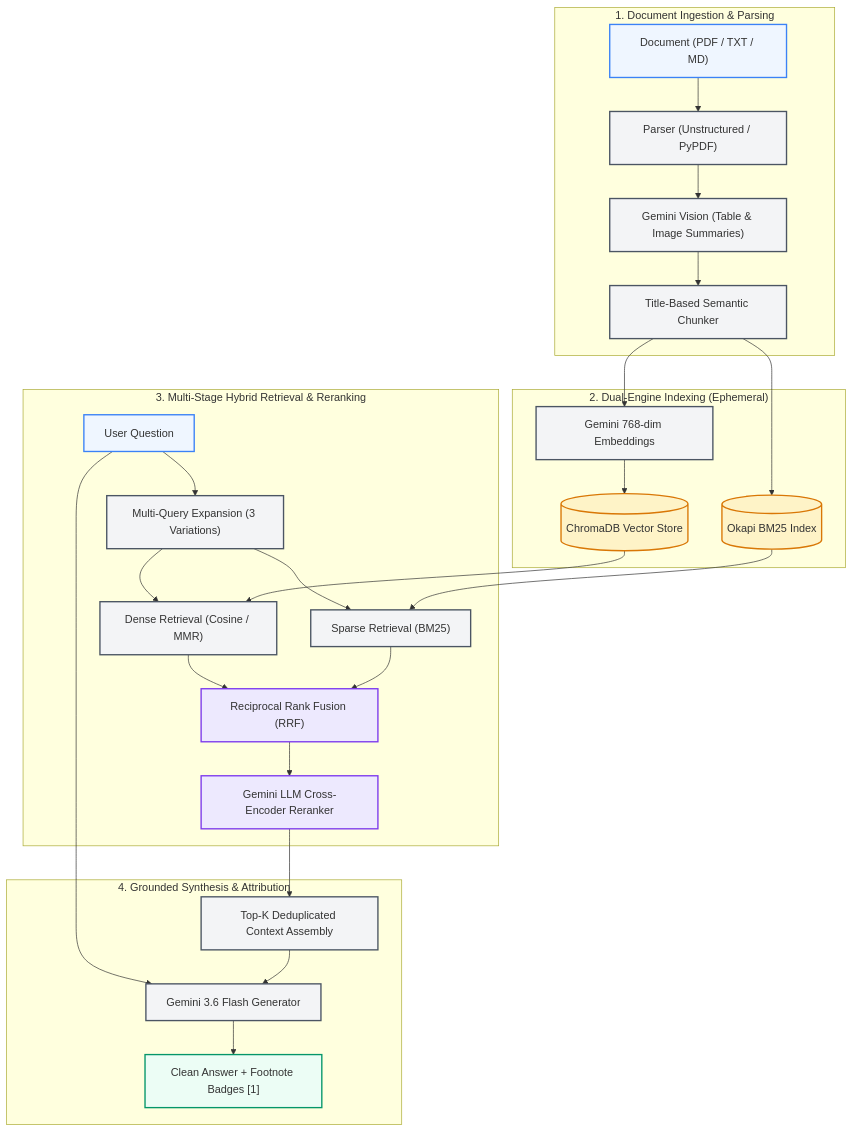
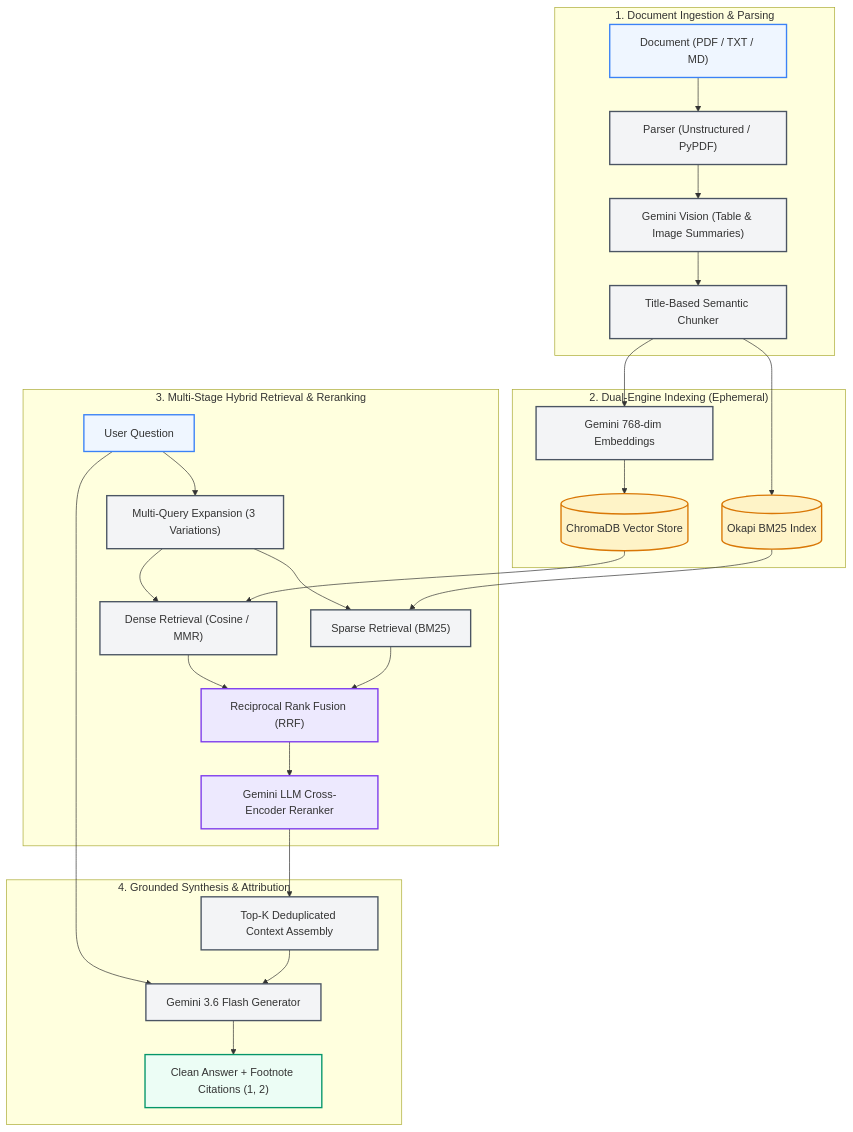
The diagram in README.md (Pratyush11711/NeoRAG), drawn with Mermaid before and after one commit.

Commit message:
fix(docs): ensure Mermaid syntax avoids square brackets and use standard node links

````diff
--- a/README.md
+++ b/README.md
@@ -28,37 +28,38 @@
 ```mermaid
 flowchart TD
     classDef input fill:#EFF6FF,stroke:#3B82F6,stroke-width:2px;
     classDef process fill:#F3F4F6,stroke:#4B5563,stroke-width:2px;
     classDef storage fill:#FEF3C7,stroke:#D97706,stroke-width:2px;
     classDef rerank fill:#EDE9FE,stroke:#7C3AED,stroke-width:2px;
     classDef output fill:#ECFDF5,stroke:#059669,stroke-width:2px;
 
     subgraph Ingestion ["1. Document Ingestion & Parsing"]
         Doc["Document (PDF / TXT / MD)"]:::input --> Parser["Parser (Unstructured / PyPDF)"]:::process
         Parser --> Vision["Gemini Vision (Table & Image Summaries)"]:::process
         Vision --> Chunker["Title-Based Semantic Chunker"]:::process
     end
 
     subgraph Indexing ["2. Dual-Engine Indexing (Ephemeral)"]
         Chunker --> Embed["Gemini 768-dim Embeddings"]:::process
         Embed --> Chroma[("ChromaDB Vector Store")]:::storage
         Chunker --> BM25[("Okapi BM25 Index")]:::storage
     end
 
     subgraph Retrieval ["3. Multi-Stage Hybrid Retrieval & Reranking"]
         Query["User Question"]:::input --> MQ["Multi-Query Expansion (3 Variations)"]:::process
         MQ --> Dense["Dense Retrieval (Cosine / MMR)"]:::process
         MQ --> Sparse["Sparse Retrieval (BM25)"]:::process
         Chroma --> Dense
         BM25 --> Sparse
-        Dense & Sparse --> RRF["Reciprocal Rank Fusion (RRF)"]:::rerank
+        Dense --> RRF["Reciprocal Rank Fusion (RRF)"]:::rerank
+        Sparse --> RRF
         RRF --> Reranker["Gemini LLM Cross-Encoder Reranker"]:::rerank
     end
 
     subgraph Generation ["4. Grounded Synthesis & Attribution"]
         Reranker --> Context["Top-K Deduplicated Context Assembly"]:::process
         Query --> Generator["Gemini 3.6 Flash Generator"]:::process
         Context --> Generator
-        Generator --> Answer["Clean Answer + Footnote Badges [1]"]:::output
+        Generator --> Answer["Clean Answer + Footnote Citations (1, 2)"]:::output
     end
 ```
````
